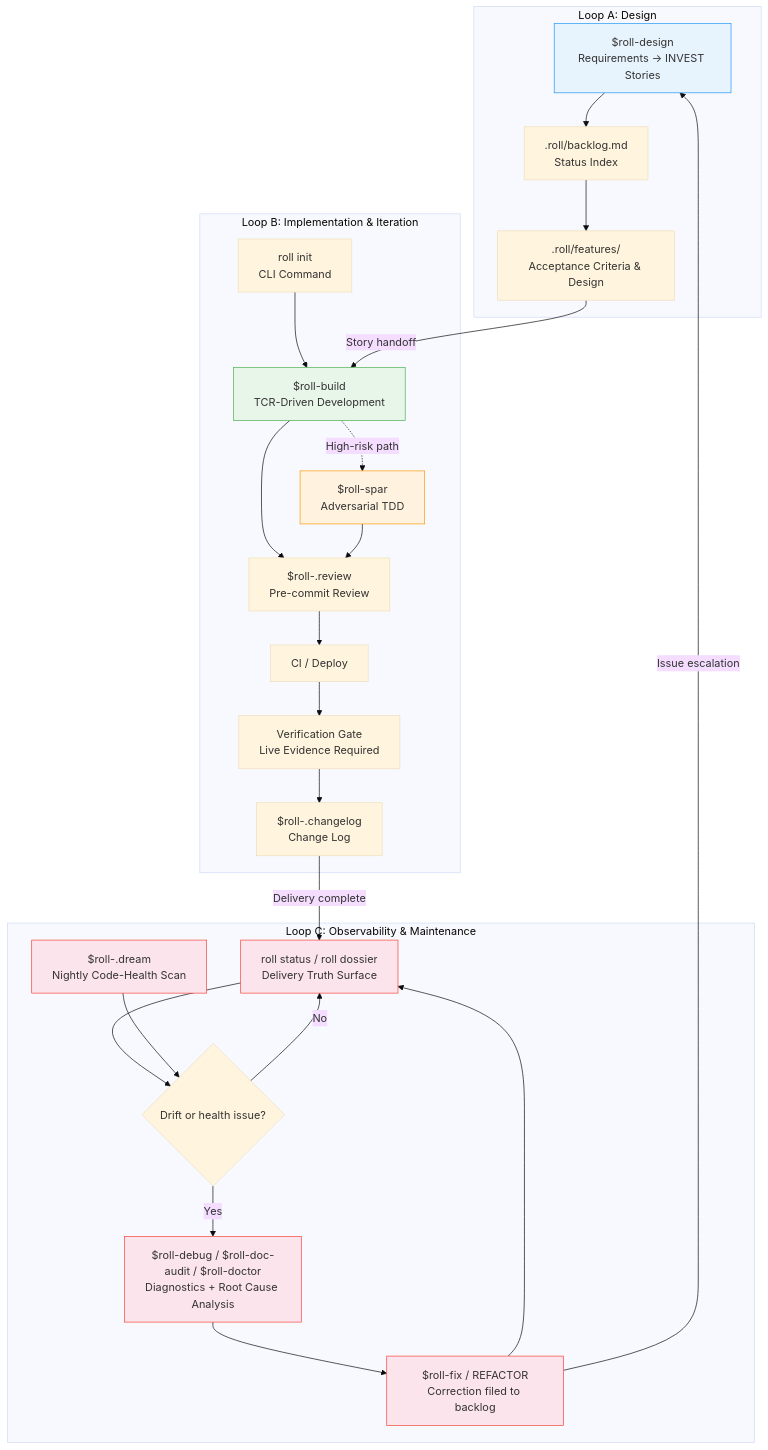
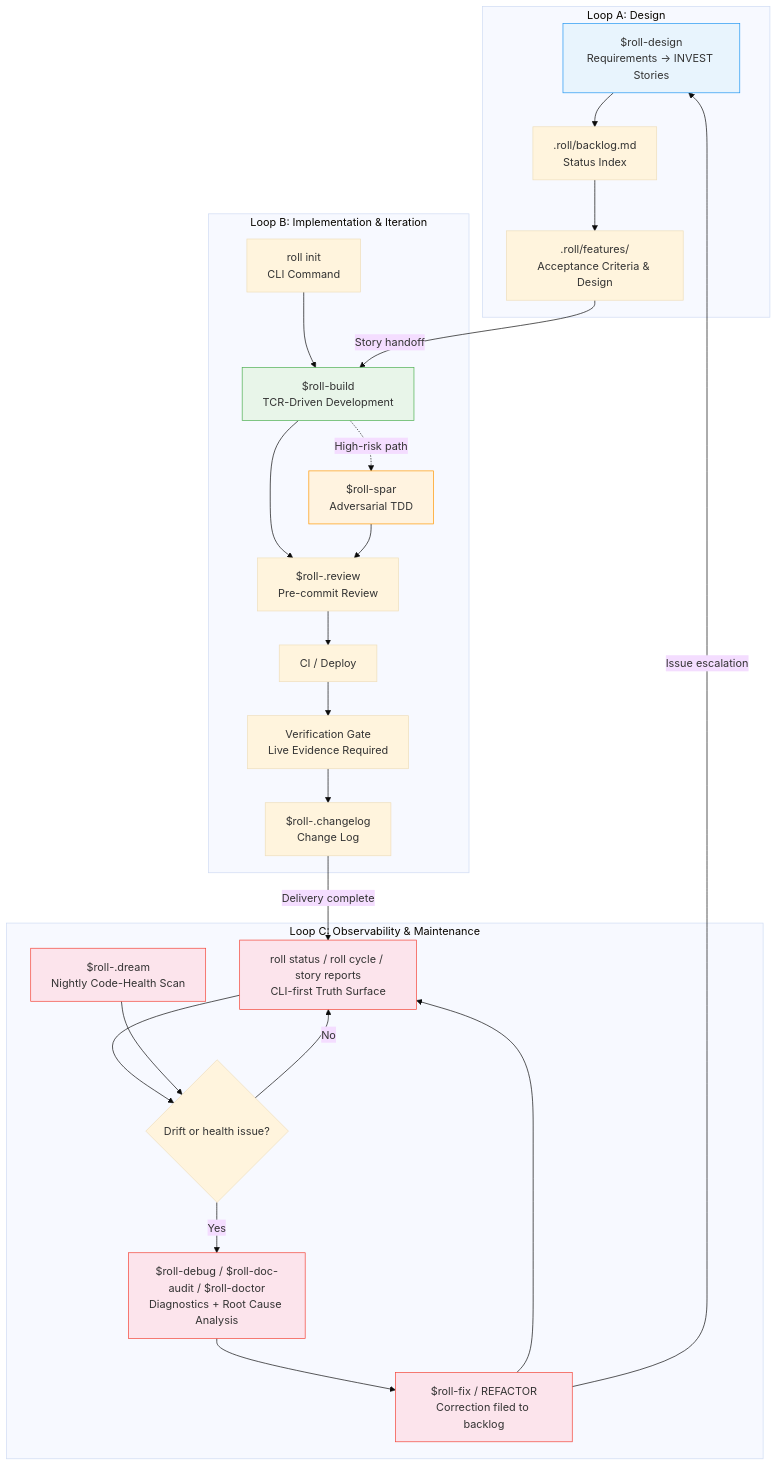
One commit to seanyao/roll changed the first of 2 diagrams in guide/en/methodology.md. Above: the diagram before and after it, drawn with Mermaid (base theme). The commit also changed other lines of this file and 73 other files, not shown here.

First line of the commit message:
v4: Supervisor + Story Execution Architecture (US-V4-001..010) (#1068)

````diff
--- a/guide/en/methodology.md
+++ b/guide/en/methodology.md
@@ -25,38 +25,38 @@
 ```mermaid
 graph TB
     subgraph "Loop A: Design"
         A2["$roll-design<br/>Requirements → INVEST Stories"] --> A3[".roll/backlog.md<br/>Status Index"]
         A3 --> A4[".roll/features/<br/>Acceptance Criteria & Design"]
     end
 
     subgraph "Loop B: Implementation & Iteration"
         B1["roll init<br/>CLI Command"] --> B2["$roll-build<br/>TCR-Driven Development"]
         B2 --> B3["$roll-.review<br/>Pre-commit Review"]
         B3 --> B4["CI / Deploy"]
         B4 --> B5["Verification Gate<br/>Live Evidence Required"]
         B5 --> B6["$roll-.changelog<br/>Change Log"]
         B2 -.->|High-risk path| B7["$roll-spar<br/>Adversarial TDD"]
         B7 --> B3
     end
 
     subgraph "Loop C: Observability & Maintenance"
-        C1["roll status / roll dossier<br/>Delivery Truth Surface"] --> C2{"Drift or health issue?"}
+        C1["roll status / roll cycle / story reports<br/>CLI-first Truth Surface"] --> C2{"Drift or health issue?"}
         C2 -->|Yes| C3["$roll-debug / $roll-doc-audit / $roll-doctor<br/>Diagnostics + Root Cause Analysis"]
         C3 --> C5["$roll-fix / REFACTOR<br/>Correction filed to backlog"]
         C6["$roll-.dream<br/>Nightly Code-Health Scan"] --> C2
         C5 --> C1
         C2 -->|No| C1
     end
 
     A4 -->|"Story handoff"| B2
     B6 -->|"Delivery complete"| C1
     C5 -->|"Issue escalation"| A2
 
     style A2 fill:#e8f4fd,stroke:#2196F3
     style B2 fill:#e8f5e9,stroke:#4CAF50
     style B7 fill:#fff3e0,stroke:#FF9800
     style C1 fill:#fce4ec,stroke:#F44336
     style C3 fill:#fce4ec,stroke:#F44336
     style C5 fill:#fce4ec,stroke:#F44336
     style C6 fill:#fce4ec,stroke:#F44336
 ```
````
